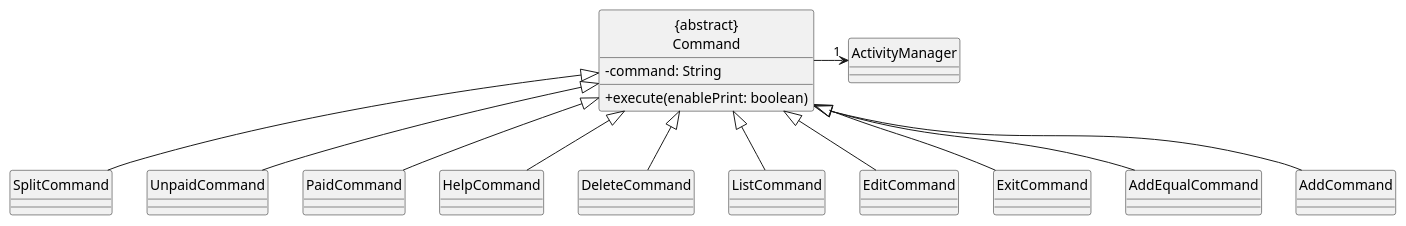
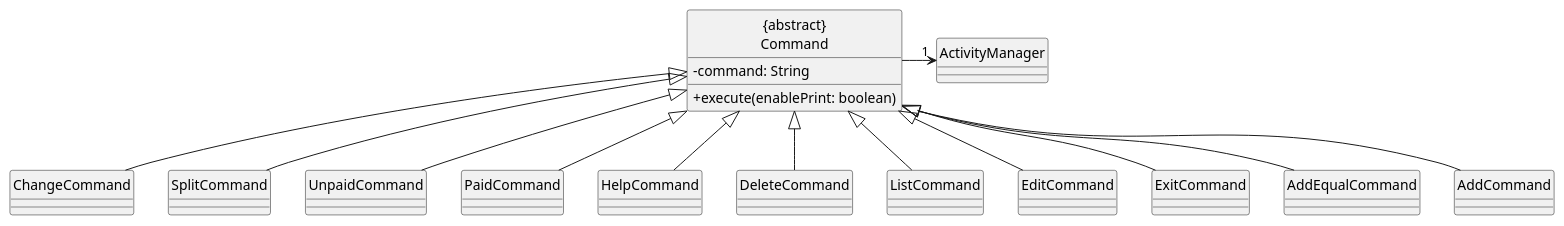
Before and after one commit to jing-yen/tp: the diagram in docs/diagrams/CommandInheritance.puml, drawn with PlantUML. The commit also changed 2 other files, not shown here.

Commit message:
Update diagrams

```diff
--- a/docs/diagrams/CommandInheritance.puml
+++ b/docs/diagrams/CommandInheritance.puml
@@ -1,40 +1,42 @@
 @startuml
 skinparam classAttributeIconSize 0
 hide circle
 
 class "{abstract}\nCommand" {
     -command: String
     +execute(enablePrint: boolean)
 }
 
 class ActivityManager {
 
 }
 
 "{abstract}\nCommand" -> "1" ActivityManager
 
 together {
     class AddCommand
     class AddEqualCommand
     class ExitCommand
     class EditCommand
     class ListCommand
     class DeleteCommand
     class HelpCommand
     class PaidCommand
     class UnpaidCommand
     class SplitCommand
+    class ChangeCommand
 }
 
+ChangeCommand -up-|> "{abstract}\nCommand"
 AddCommand -up-|> "{abstract}\nCommand"
 AddEqualCommand -up-|> "{abstract}\nCommand"
 ExitCommand-up-|> "{abstract}\nCommand"
 EditCommand -up-|> "{abstract}\nCommand"
 ListCommand -up-|> "{abstract}\nCommand"
 DeleteCommand -up-|> "{abstract}\nCommand"
 HelpCommand -up-|> "{abstract}\nCommand"
 PaidCommand -up-|> "{abstract}\nCommand"
 UnpaidCommand -up-|> "{abstract}\nCommand"
 SplitCommand -up-|> "{abstract}\nCommand"
 
 @enduml
```
